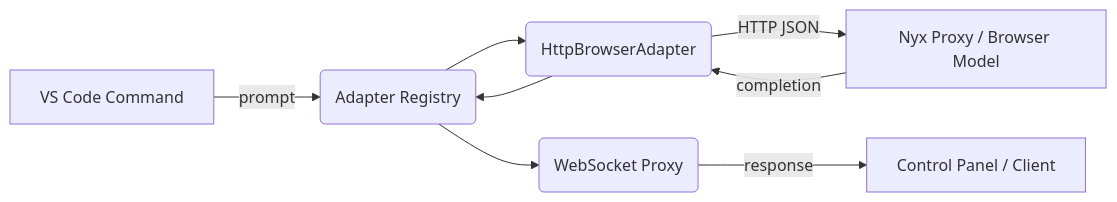
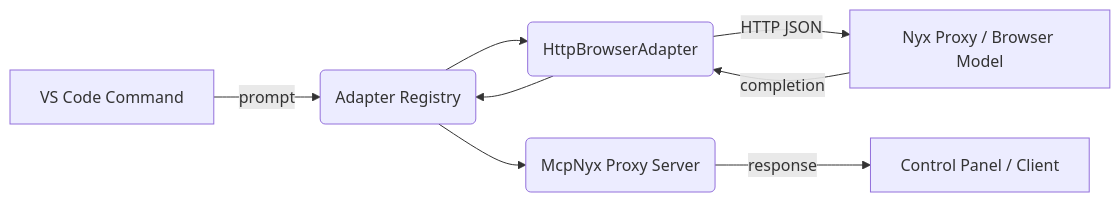
Before and after one commit to alsania-dev/devconx: the diagram in docs/architecture.md, drawn with Mermaid. The commit also changed other lines of this file and 3 other files, not shown here.

````diff
--- a/docs/architecture.md
+++ b/docs/architecture.md
@@ -11,10 +11,10 @@
 ```mermaid
 graph LR
     A[VS Code Command] -->|prompt| B(Adapter Registry)
     B --> C(HttpBrowserAdapter)
     C -->|HTTP JSON| D[Nyx Proxy / Browser Model]
     D -->|completion| C
     C --> B
-    B --> E(WebSocket Proxy)
+    B --> E(McpNyx Proxy Server)
     E -->|response| F[Control Panel / Client]
 ```
````
